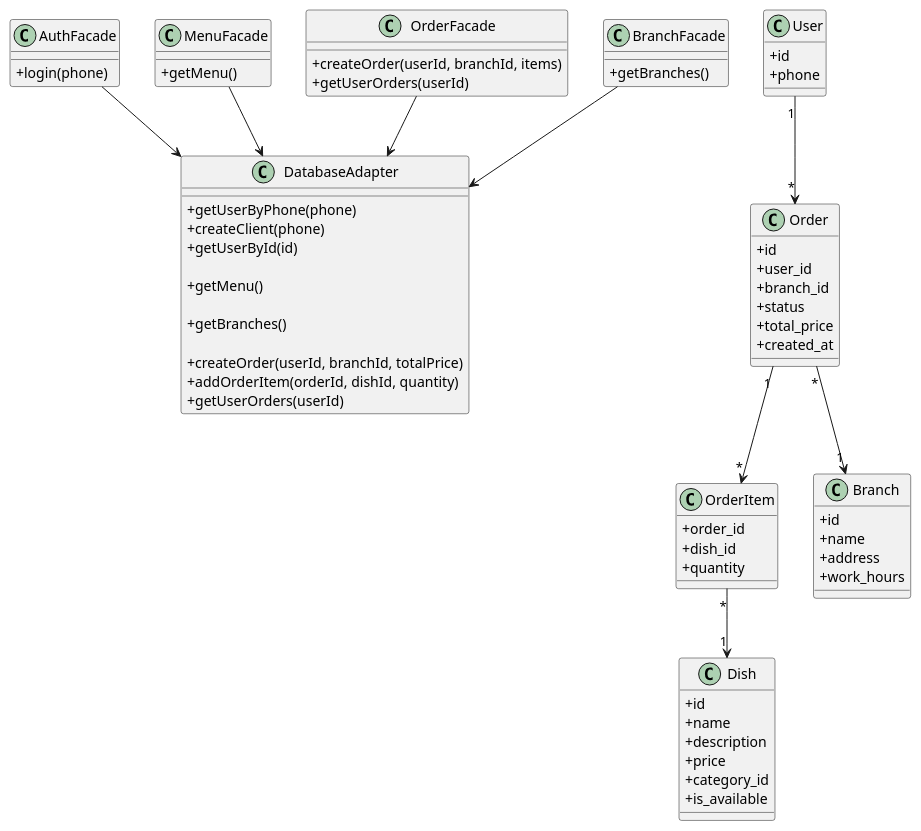
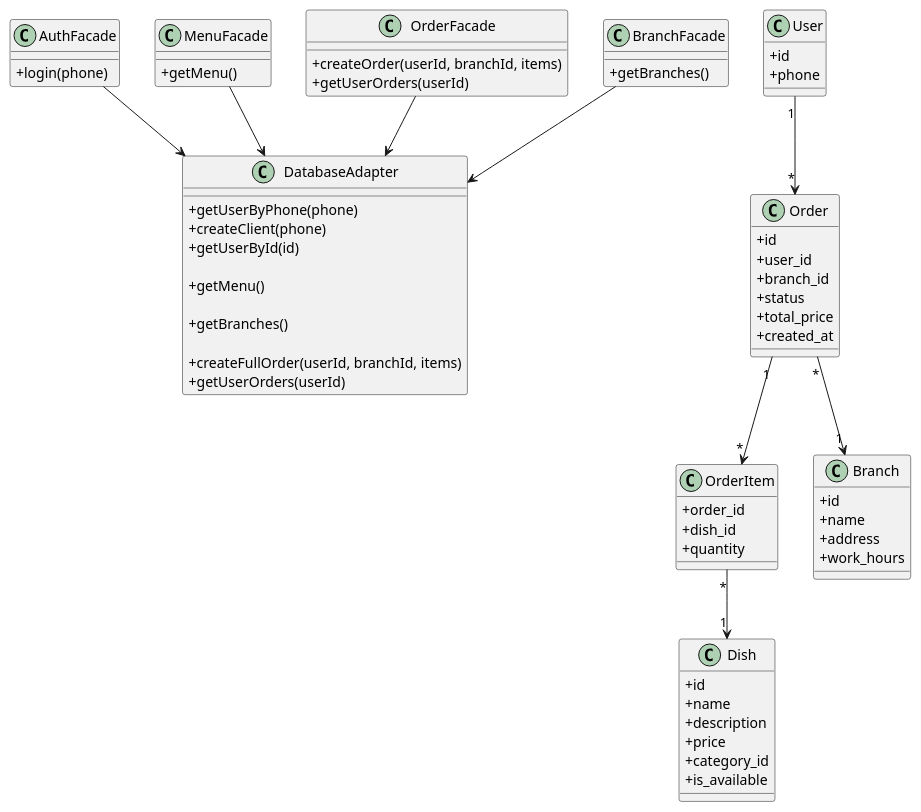
One commit to ROFUVEL/MunchCrunch changed the diagram in docs/class-diagram.puml. Above: the diagram before and after it, drawn with PlantUML. The commit also changed 4 other files, not shown here.

```diff
--- a/docs/class-diagram.puml
+++ b/docs/class-diagram.puml
@@ -1,98 +1,97 @@
 @startuml
 skinparam classAttributeIconSize 0
 
 ' =========================
 ' ADAPTER LAYER
 ' =========================
 class DatabaseAdapter {
   +getUserByPhone(phone)
   +createClient(phone)
   +getUserById(id)
 
   +getMenu()
 
   +getBranches()
 
-  +createOrder(userId, branchId, totalPrice)
-  +addOrderItem(orderId, dishId, quantity)
+  +createFullOrder(userId, branchId, items)
   +getUserOrders(userId)
 }
 
 ' =========================
 ' FACADE LAYER
 ' =========================
 class AuthFacade {
   +login(phone)
 }
 
 class MenuFacade {
   +getMenu()
 }
 
 class OrderFacade {
   +createOrder(userId, branchId, items)
   +getUserOrders(userId)
 }
 
 
 class BranchFacade {
   +getBranches()
 }
 
 
 ' =========================
 ' RELATIONS (Facade -> Adapter)
 ' =========================
 AuthFacade --> DatabaseAdapter
 MenuFacade --> DatabaseAdapter
 OrderFacade --> DatabaseAdapter
 BranchFacade --> DatabaseAdapter
 
 ' =========================
 ' DOMAIN ENTITIES (DB TABLES)
 ' =========================
 class User {
   +id
   +phone
 }
 
 class Order {
   +id
   +user_id
   +branch_id
   +status
   +total_price
   +created_at
 }
 
 class OrderItem {
   +order_id
   +dish_id
   +quantity
 }
 
 class Dish {
   +id
   +name
   +description
   +price
   +category_id
   +is_available
 }
 
 class Branch {
   +id
   +name
   +address
   +work_hours
 }
 
 ' =========================
 ' RELATIONS (DB)
 ' =========================
 User "1" --> "*" Order
 Order "1" --> "*" OrderItem
 OrderItem "*" --> "1" Dish
 Order "*" --> "1" Branch
 
 @enduml
```
